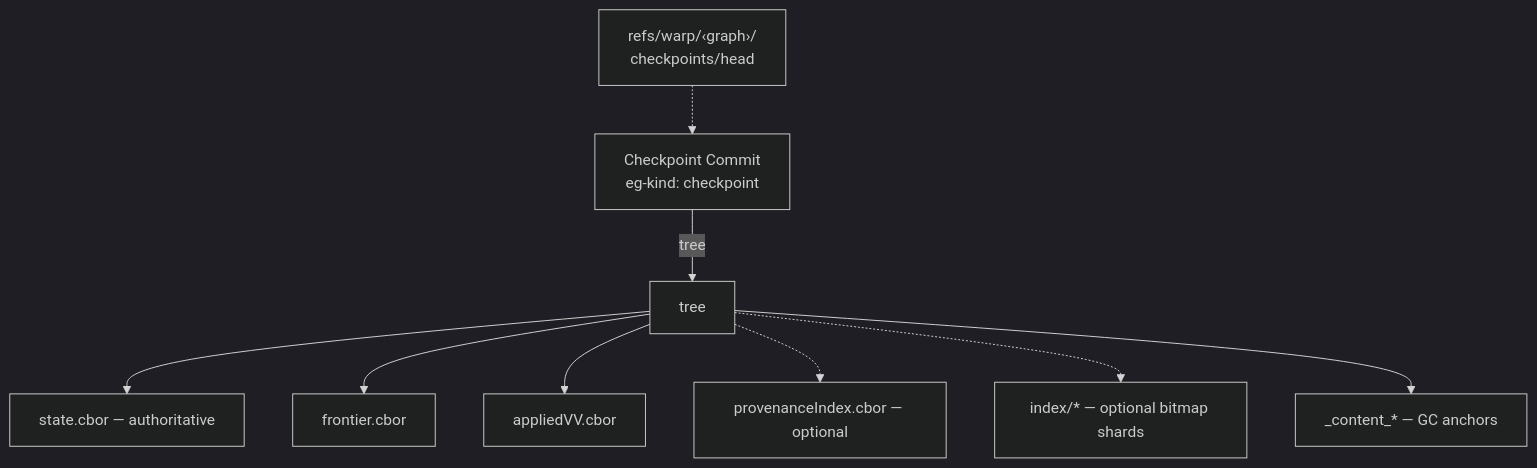
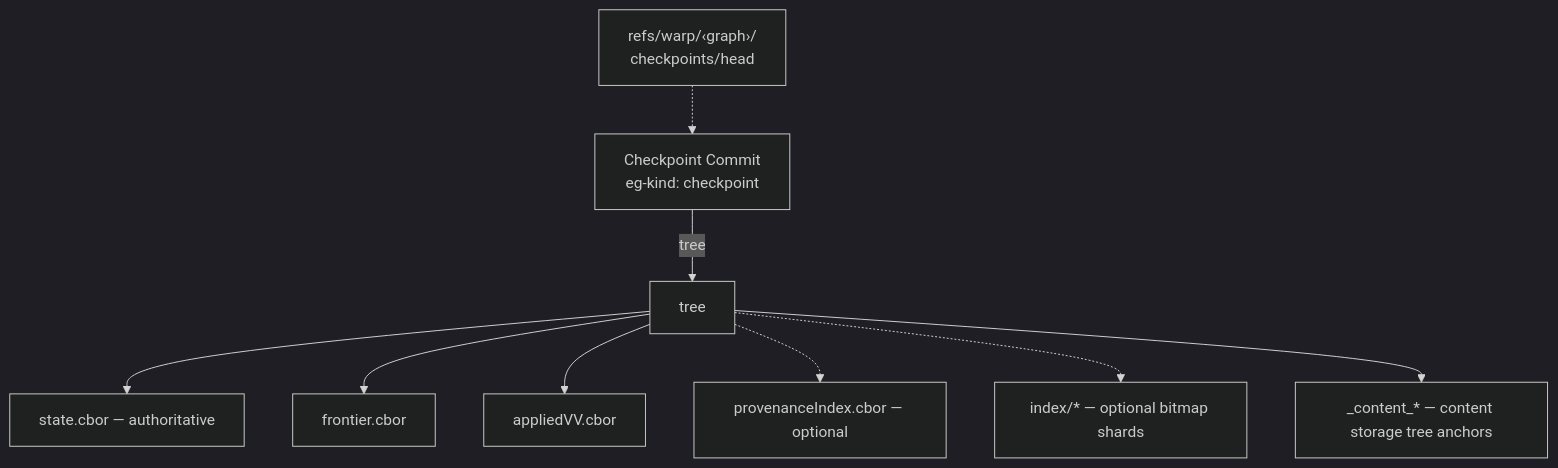
The fourth of 7 diagrams in docs/API_REFERENCE.md (git-stunts/git-warp), drawn with Mermaid (dark theme) before and after one commit. The commit also changed other lines of this file and 88 other files, not shown here.

````diff
--- a/docs/API_REFERENCE.md
+++ b/docs/API_REFERENCE.md
@@ -919,11 +919,11 @@
 ```mermaid
 flowchart TB
     ref["refs/warp/‹graph›/<br/>checkpoints/head"] -.-> commit["Checkpoint Commit<br/>eg-kind: checkpoint"]
     commit -->|tree| tree["tree"]
     tree --> sc["state.cbor — authoritative"]
     tree --> fc["frontier.cbor"]
     tree --> av["appliedVV.cbor"]
     tree -.-> pi["provenanceIndex.cbor — optional"]
     tree -.-> ix["index/* — optional bitmap shards"]
-    tree --> gc["_content_* — GC anchors"]
+    tree --> gc["_content_* — content storage tree anchors"]
 ```
````
